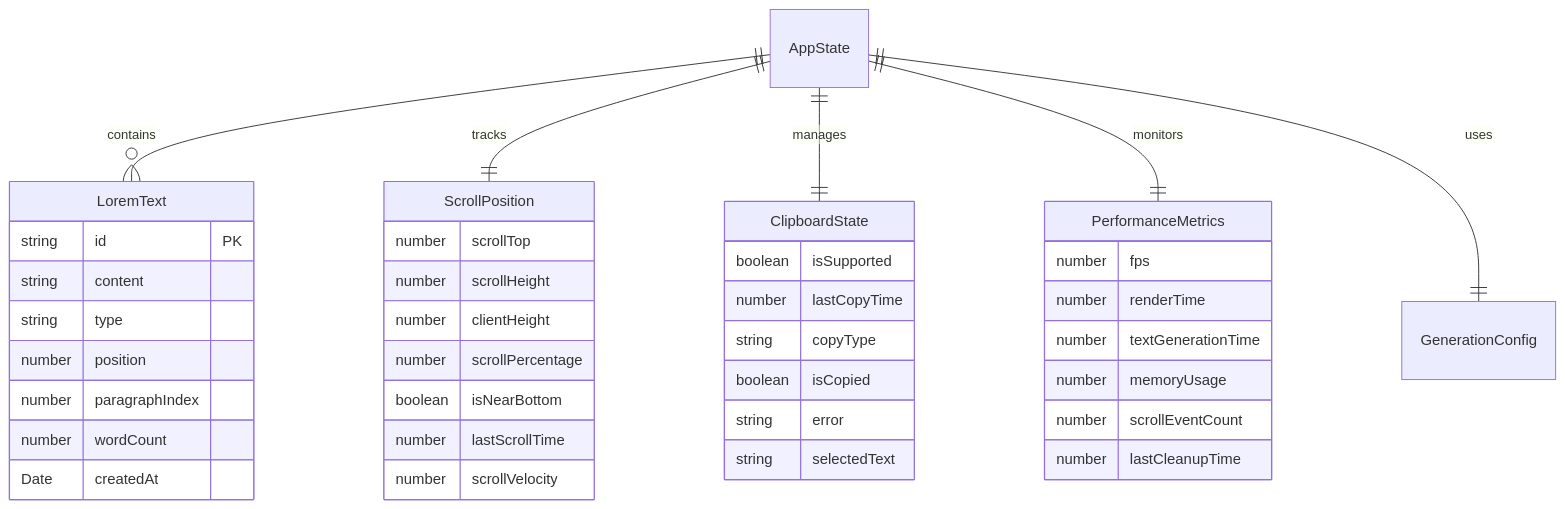
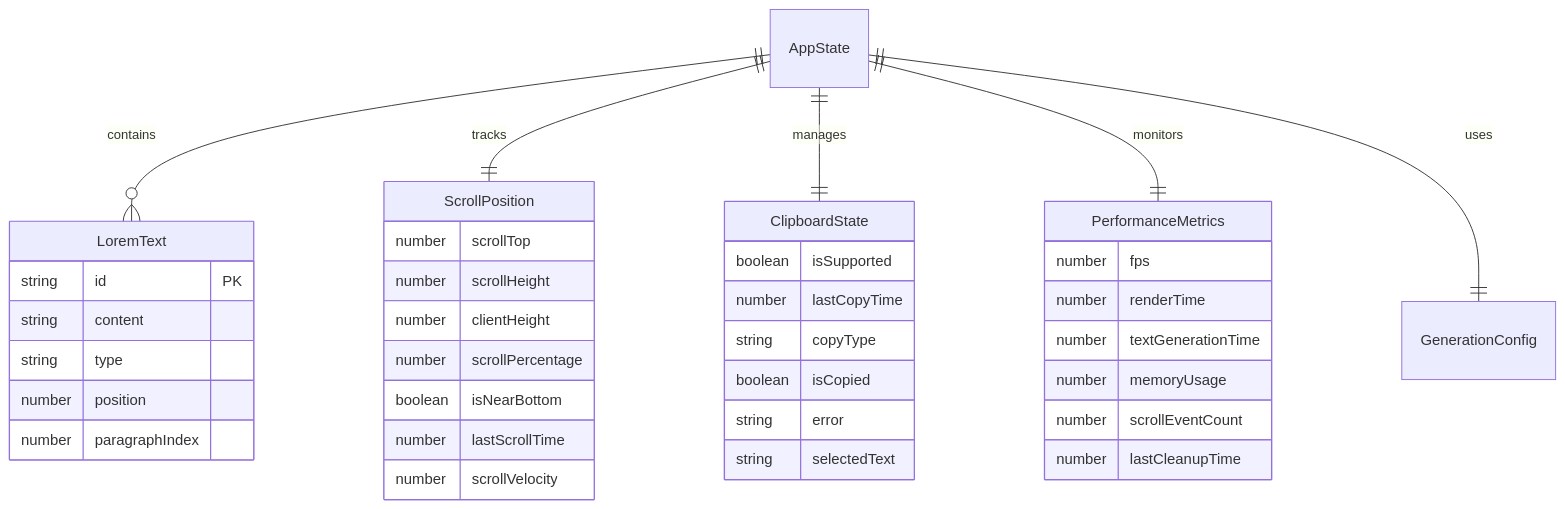
One commit to remarkablemark/lorem-ipsum changed the diagram in specs/001-lorem-ipsum/data-model.md. Above: the diagram before and after it, drawn with Mermaid. The commit also changed other lines of this file, not shown here.

Commit message:
docs(specs): remove unnecessary metadata from data model

````diff
--- a/specs/001-lorem-ipsum/data-model.md
+++ b/specs/001-lorem-ipsum/data-model.md
@@ -119,46 +117,44 @@
 ```mermaid
 erDiagram
     AppState ||--o{ LoremText : contains
     AppState ||--|| ScrollPosition : tracks
     AppState ||--|| ClipboardState : manages
     AppState ||--|| PerformanceMetrics : monitors
     AppState ||--|| GenerationConfig : uses
 
     LoremText {
         string id PK
         string content
         string type
         number position
         number paragraphIndex
-        number wordCount
-        Date createdAt
     }
 
     ScrollPosition {
         number scrollTop
         number scrollHeight
         number clientHeight
         number scrollPercentage
         boolean isNearBottom
         number lastScrollTime
         number scrollVelocity
     }
 
     ClipboardState {
         boolean isSupported
         number lastCopyTime
         string copyType
         boolean isCopied
         string error
         string selectedText
     }
 
     PerformanceMetrics {
         number fps
         number renderTime
         number textGenerationTime
         number memoryUsage
         number scrollEventCount
         number lastCleanupTime
     }
 ```
````
